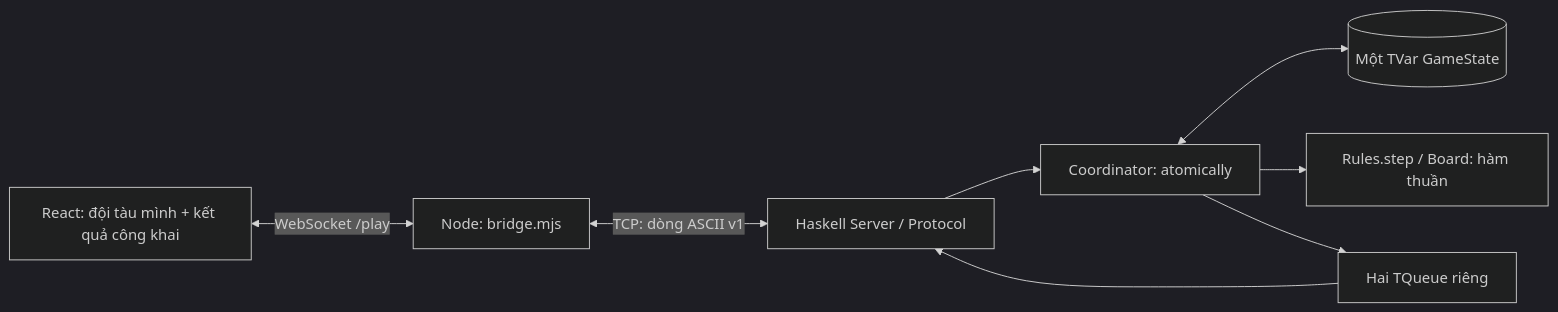
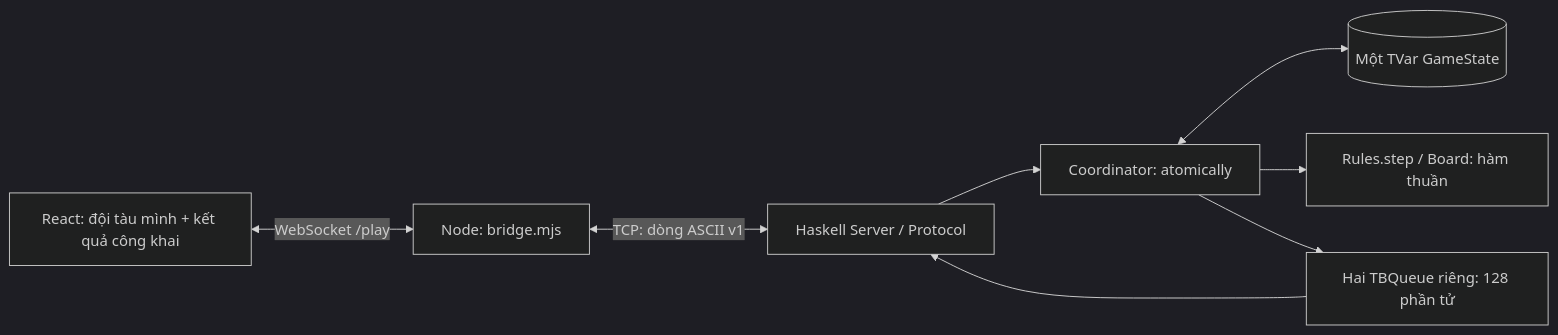
One commit to MinhLight2406/BattleShip_Haskell changed the diagram in docs/frontend_integration.md. Above: the diagram before and after it, drawn with Mermaid (dark theme). The commit also changed other lines of this file and 6 other files, not shown here.

````diff
--- a/docs/frontend_integration.md
+++ b/docs/frontend_integration.md
@@ -21,10 +21,10 @@
 ```mermaid
 flowchart LR
   UI[React: đội tàu mình + kết quả công khai] <-->|WebSocket /play| BR[Node: bridge.mjs]
   BR <-->|TCP: dòng ASCII v1| SR[Haskell Server / Protocol]
   SR --> CO[Coordinator: atomically]
   CO <--> GS[(Một TVar GameState)]
   CO --> RL[Rules.step / Board: hàm thuần]
-  CO --> Q[Hai TQueue riêng]
+  CO --> Q[Hai TBQueue riêng: 128 phần tử]
   Q --> SR
 ```
````
